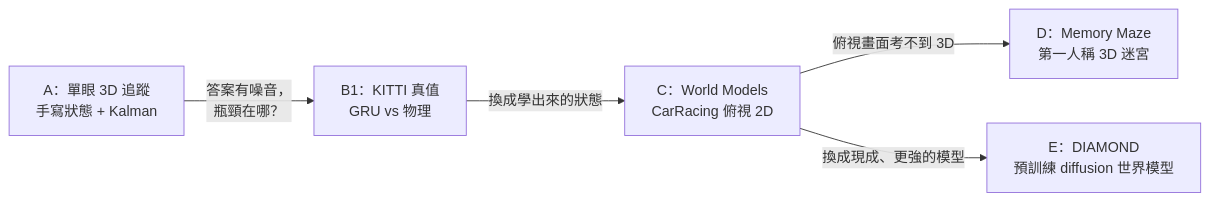
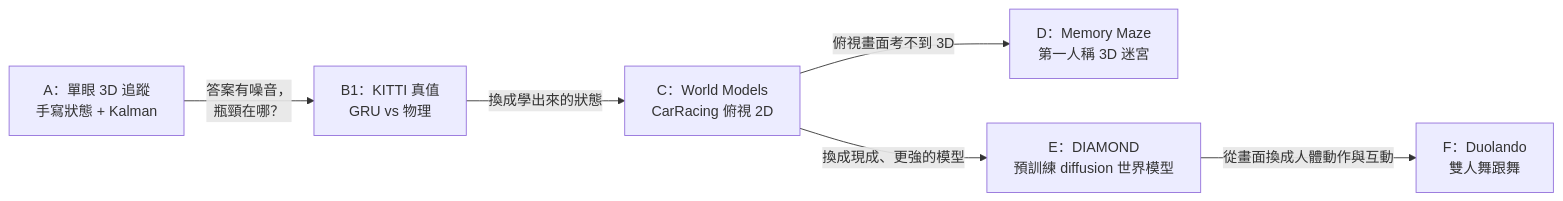
Before and after one commit to ccc-model/world-model: the diagram in doc/overview.md, drawn with Mermaid. The commit also changed other lines of this file and 12 other files, not shown here.

````diff
--- a/doc/overview.md
+++ b/doc/overview.md
@@ -61,7 +61,8 @@
 ```mermaid
 flowchart LR
   A["A：單眼 3D 追蹤<br/>手寫狀態 + Kalman"] -->|"答案有噪音，<br/>瓶頸在哪？"| B["B1：KITTI 真值<br/>GRU vs 物理"]
   B -->|"換成學出來的狀態"| C["C：World Models<br/>CarRacing 俯視 2D"]
   C -->|"俯視畫面考不到 3D"| D["D：Memory Maze<br/>第一人稱 3D 迷宮"]
   C -->|"換成現成、更強的模型"| E["E：DIAMOND<br/>預訓練 diffusion 世界模型"]
+  E -->|"從畫面換成人體動作與互動"| F["F：Duolando<br/>雙人舞跟舞"]
 ```
````
